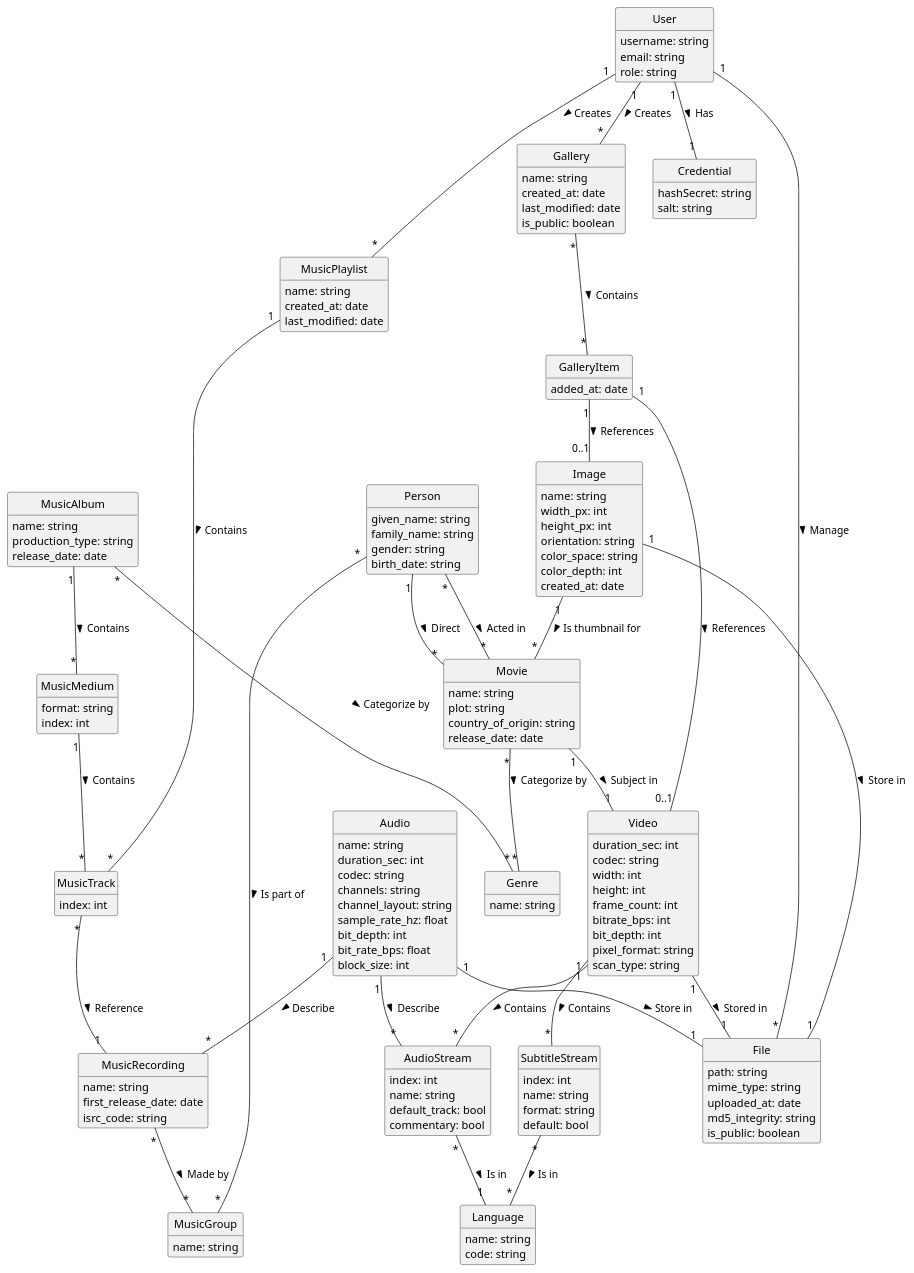
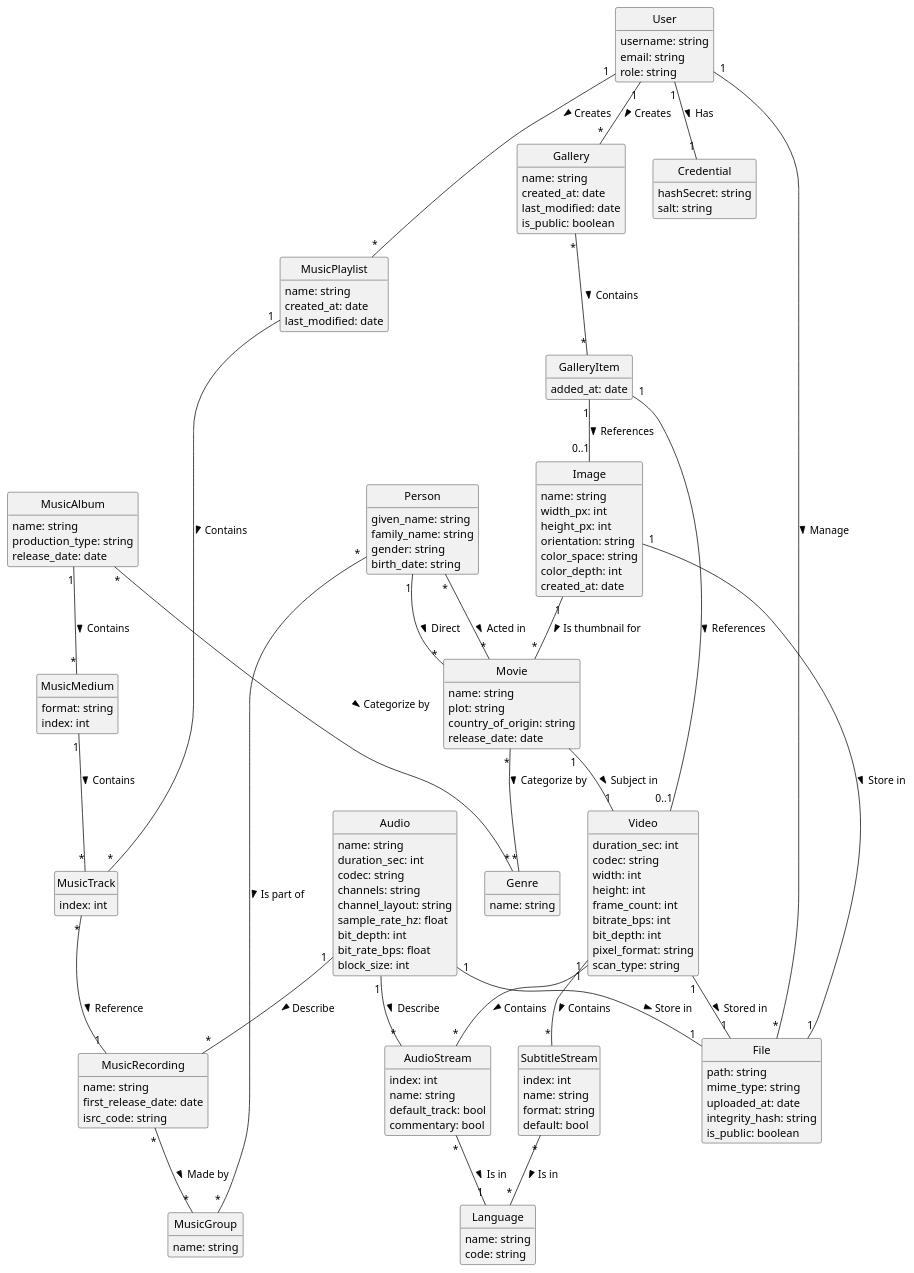
One commit to Mnemorium/mnemorium changed the first of 2 diagrams in docs/development/Overview.md. Above: the diagram before and after it, drawn with PlantUML. The commit also changed other lines of this file and 91 other files, not shown here.

```diff
--- a/docs/development/Overview.md
+++ b/docs/development/Overview.md
@@ -244,7 +249,7 @@
   path: string
   mime_type: string
   uploaded_at: date
-  md5_integrity: string
+  integrity_hash: string
   is_public: boolean
 }
 
```
